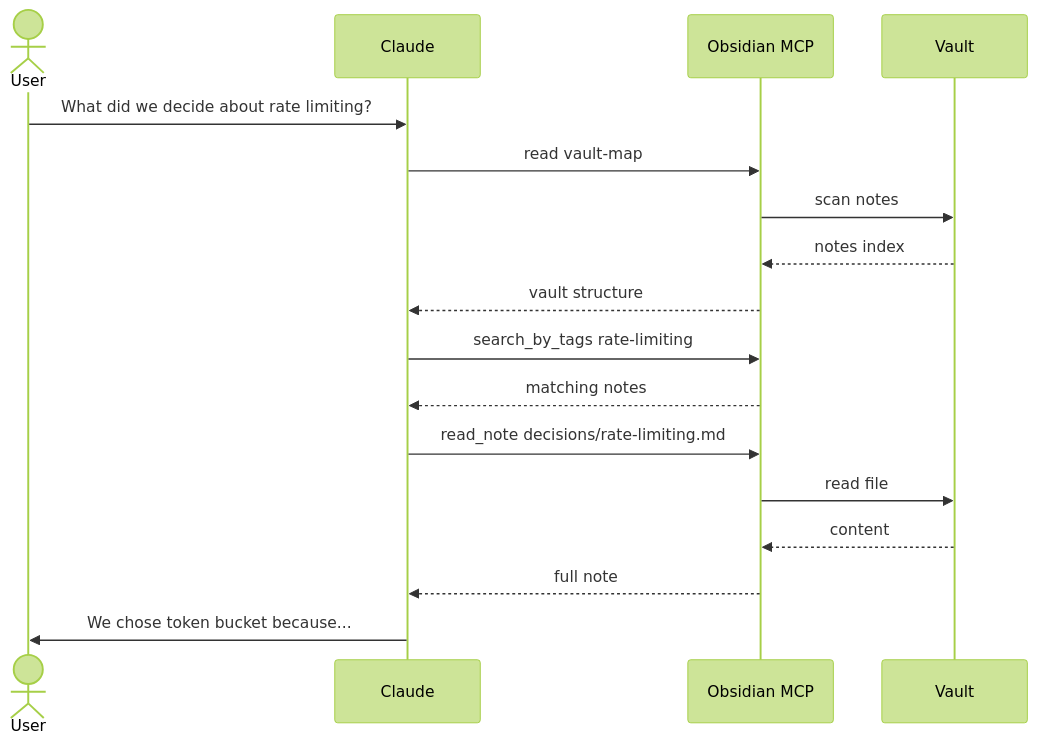
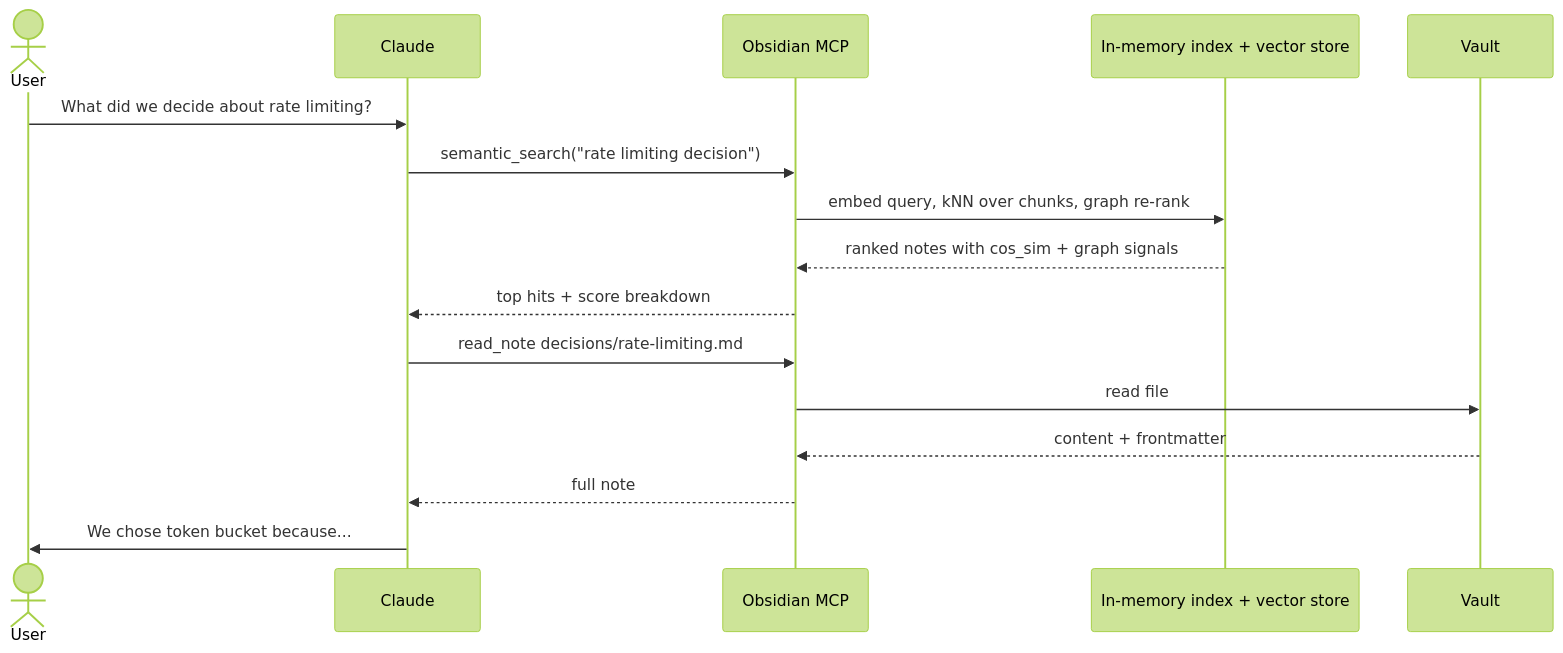
Before and after one commit to punparin/obsidian-mcp: the third of 3 diagrams in README.md, drawn with Mermaid (forest theme). The commit also changed other lines of this file, not shown here.

First line of the commit message:
docs: fix vault-usage diagram and drop version markers (#27)

````diff
--- a/README.md
+++ b/README.md
@@ -63,20 +63,19 @@
 ```mermaid
 sequenceDiagram
     actor User
     participant Claude
     participant MCP as Obsidian MCP
+    participant Index as In-memory index + vector store
     participant Vault
 
     User->>Claude: What did we decide about rate limiting?
-    Claude->>MCP: read vault-map
-    MCP->>Vault: scan notes
-    Vault-->>MCP: notes index
-    MCP-->>Claude: vault structure
-    Claude->>MCP: search_by_tags rate-limiting
-    MCP-->>Claude: matching notes
+    Claude->>MCP: semantic_search("rate limiting decision")
+    MCP->>Index: embed query, kNN over chunks, graph re-rank
+    Index-->>MCP: ranked notes with cos_sim + graph signals
+    MCP-->>Claude: top hits + score breakdown
     Claude->>MCP: read_note decisions/rate-limiting.md
     MCP->>Vault: read file
-    Vault-->>MCP: content
+    Vault-->>MCP: content + frontmatter
     MCP-->>Claude: full note
     Claude->>User: We chose token bucket because...
 ```
````
